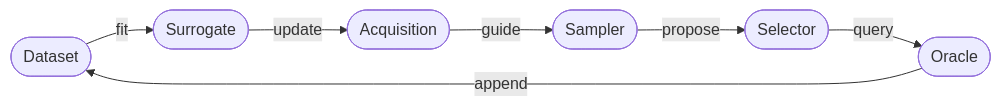
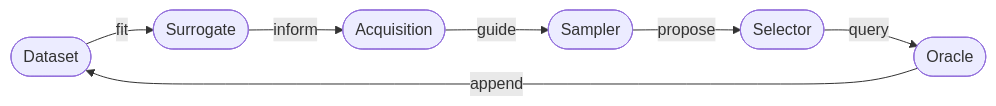
Before and after one commit to milaforscience/activelearning: the diagram in docs/concepts/overview.md, drawn with Mermaid. The commit also changed other lines of this file and 20 other files, not shown here.

````diff
--- a/docs/concepts/overview.md
+++ b/docs/concepts/overview.md
@@ -21,9 +21,9 @@
 ```mermaid
 graph LR
     D([Dataset]) -- fit --> S([Surrogate])
-    S -- update --> A([Acquisition])
+    S -- inform --> A([Acquisition])
     A -- guide --> Sa([Sampler])
     Sa -- propose --> Se([Selector])
     Se -- query --> O([Oracle])
     O -- append --> D
 ```
````
